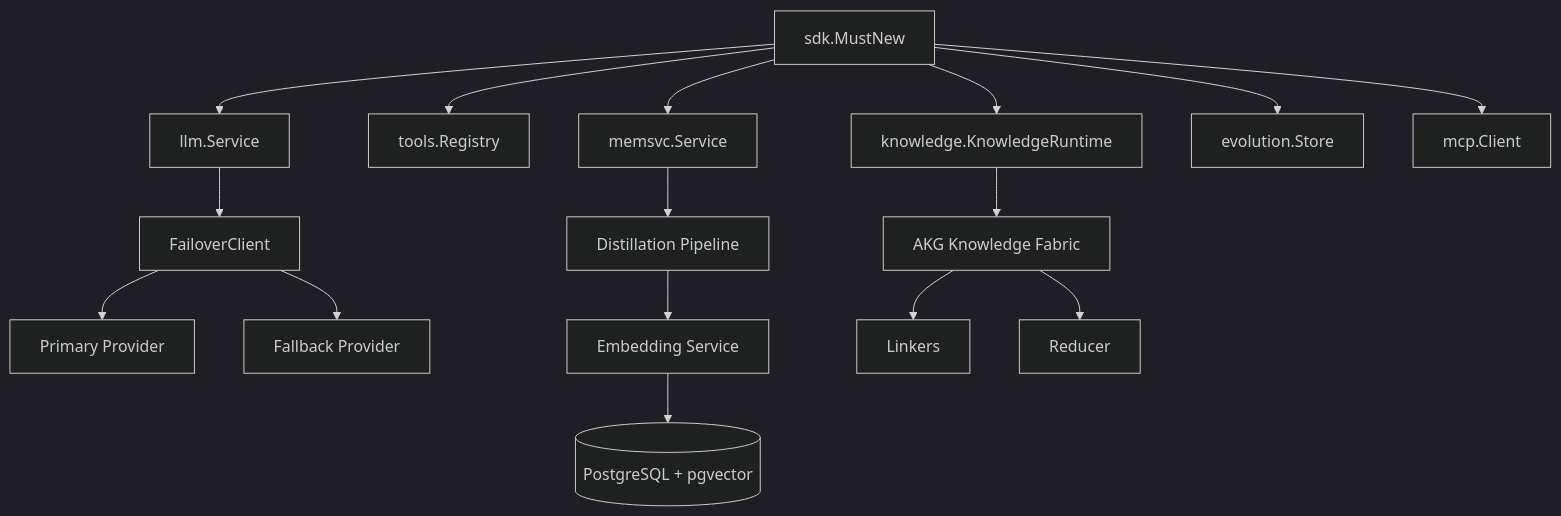
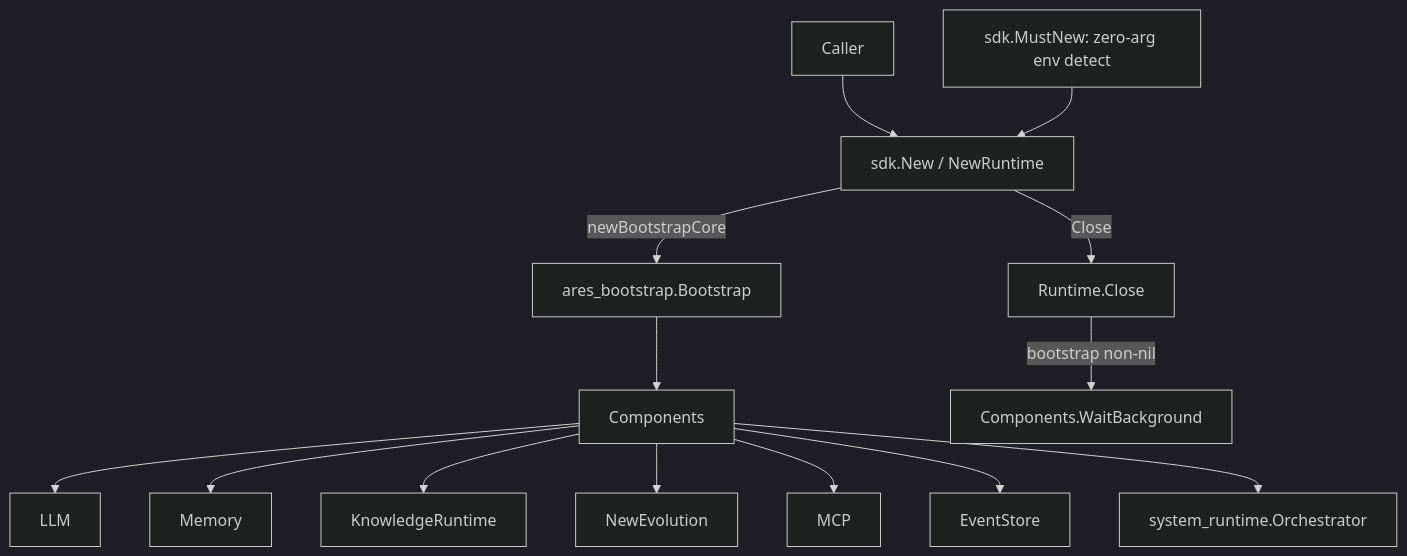
The third of 3 diagrams in docs/articles/en/17-sdk-layer.md (Timwood0x10/ARES), drawn with Mermaid (dark theme) before and after one commit. The commit also changed other lines of this file and 2423 other files, not shown here.

````diff
--- a/docs/articles/en/17-sdk-layer.md
+++ b/docs/articles/en/17-sdk-layer.md
@@ -224,21 +278,16 @@
 ```mermaid
 graph TD
-    SDK[sdk.MustNew] --> LLM[llm.Service]
-    SDK --> Tools[tools.Registry]
-    SDK --> Mem[memsvc.Service]
-    SDK --> KH[knowledge.KnowledgeRuntime]
-    SDK --> EVO[evolution.Store]
-    SDK --> MCP[mcp.Client]
-
-    LLM --> Failover[FailoverClient]
-    Failover --> Primary[Primary Provider]
-    Failover --> Fallback[Fallback Provider]
-
-    Mem --> Distill[Distillation Pipeline]
-    Distill --> Embed[Embedding Service]
-    Embed --> PG[(PostgreSQL + pgvector)]
-
-    KH --> AKG[AKG Knowledge Fabric]
-    AKG --> Linker[Linkers]
-    AKG --> Reducer[Reducer]
+    Caller[Caller] --> New[sdk.New / NewRuntime]
+    MustNew[sdk.MustNew: zero-arg env detect] --> New
+    New -->|newBootstrapCore| Bootstrap[ares_bootstrap.Bootstrap]
+    Bootstrap --> Components[Components]
+    Components --> LLM[LLM]
+    Components --> Mem[Memory]
+    Components --> KH[KnowledgeRuntime]
+    Components --> EVO[NewEvolution]
+    Components --> MCP[MCP]
+    Components --> Events[EventStore]
+    Components --> SRT[system_runtime.Orchestrator]
+    New -->|Close| Close[Runtime.Close]
+    Close -- bootstrap non-nil --> WB[Components.WaitBackground]
 ```
````
